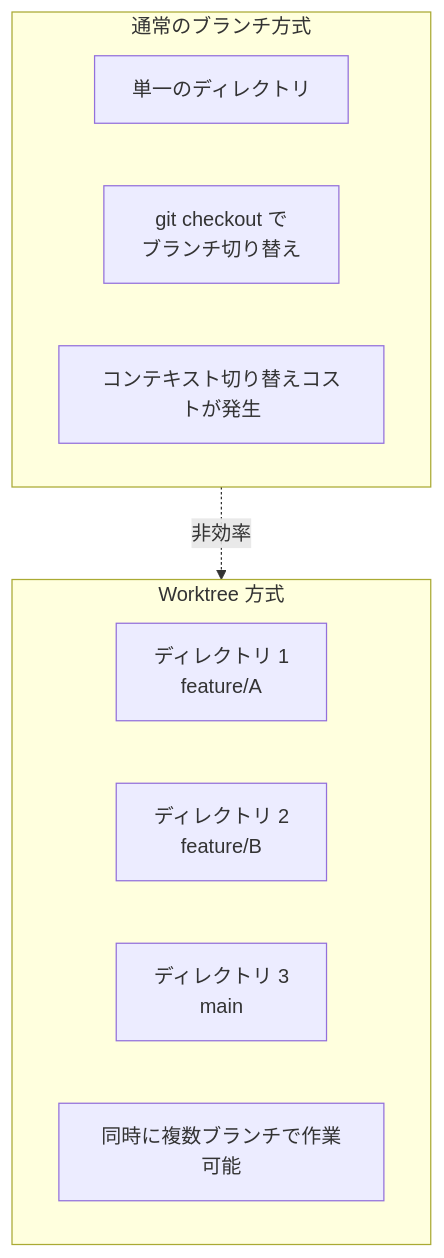
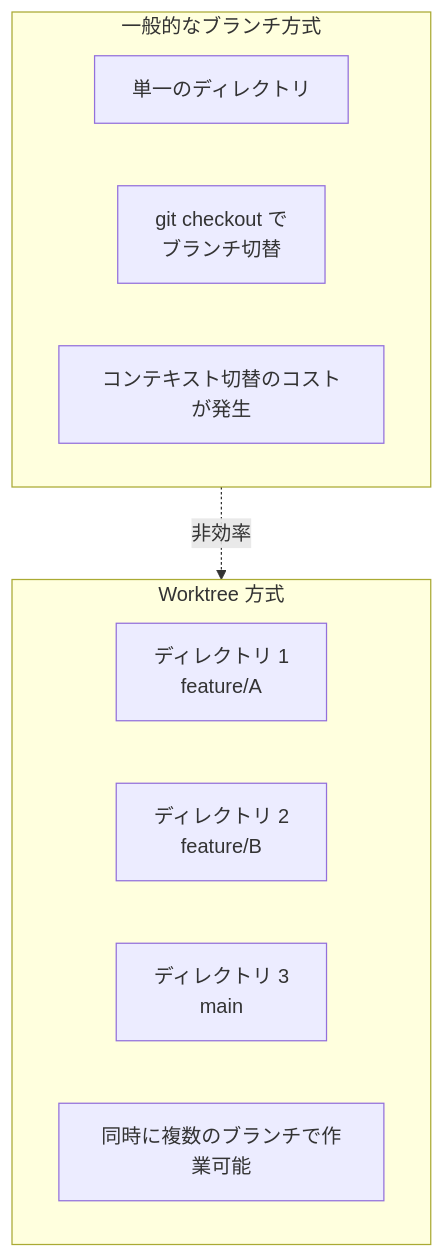
Before and after one commit to modu-ai/moai-adk: the first of 9 diagrams in docs-site/content/ja/worktree/faq.md, drawn with Mermaid. The commit also changed other lines of this file and 180 other files, not shown here.

````diff
--- a/docs-site/content/ja/worktree/faq.md
+++ b/docs-site/content/ja/worktree/faq.md
@@ -26,17 +26,17 @@
 ```mermaid
 graph TB
-    subgraph Traditional["通常のブランチ方式"]
+    subgraph Traditional["一般的なブランチ方式"]
         T1[単一のディレクトリ]
-        T2[git checkout で<br/>ブランチ切り替え]
-        T3[コンテキスト切り替えコストが発生]
+        T2[git checkout で<br/>ブランチ切替]
+        T3[コンテキスト切替のコストが発生]
     end
 
     subgraph Worktree["Worktree 方式"]
         W1[ディレクトリ 1<br/>feature/A]
         W2[ディレクトリ 2<br/>feature/B]
         W3[ディレクトリ 3<br/>main]
-        W4[同時に複数ブランチで作業可能]
+        W4[同時に複数のブランチで作業可能]
     end
 
     Traditional -.->|非効率| Worktree
 ```
````
